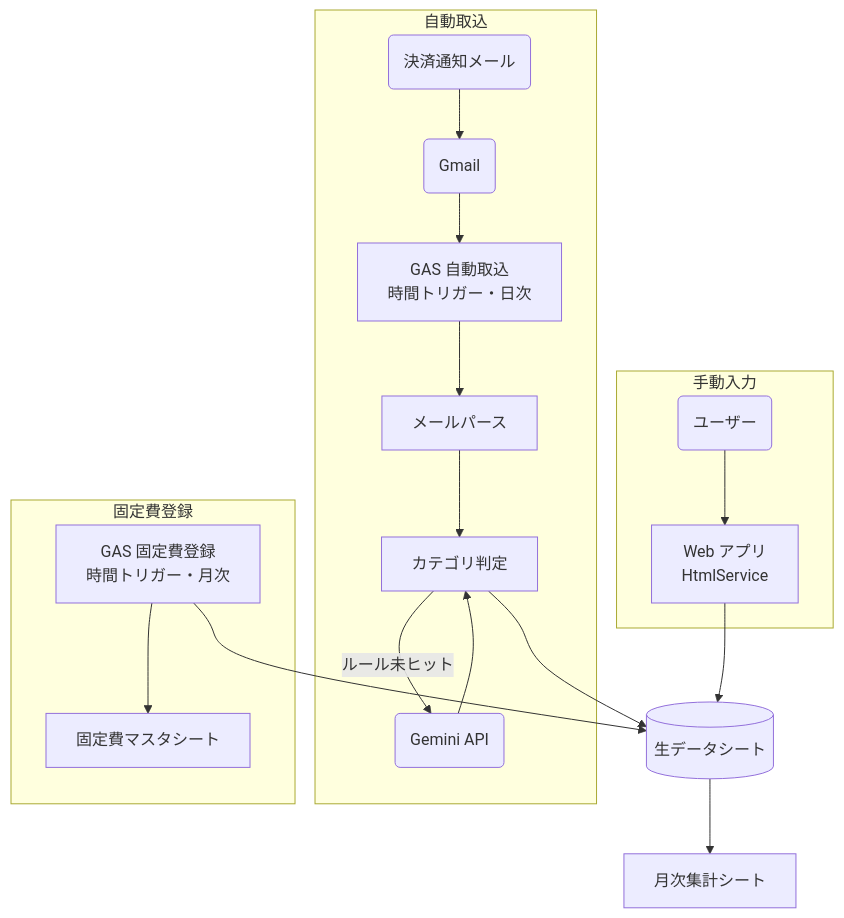
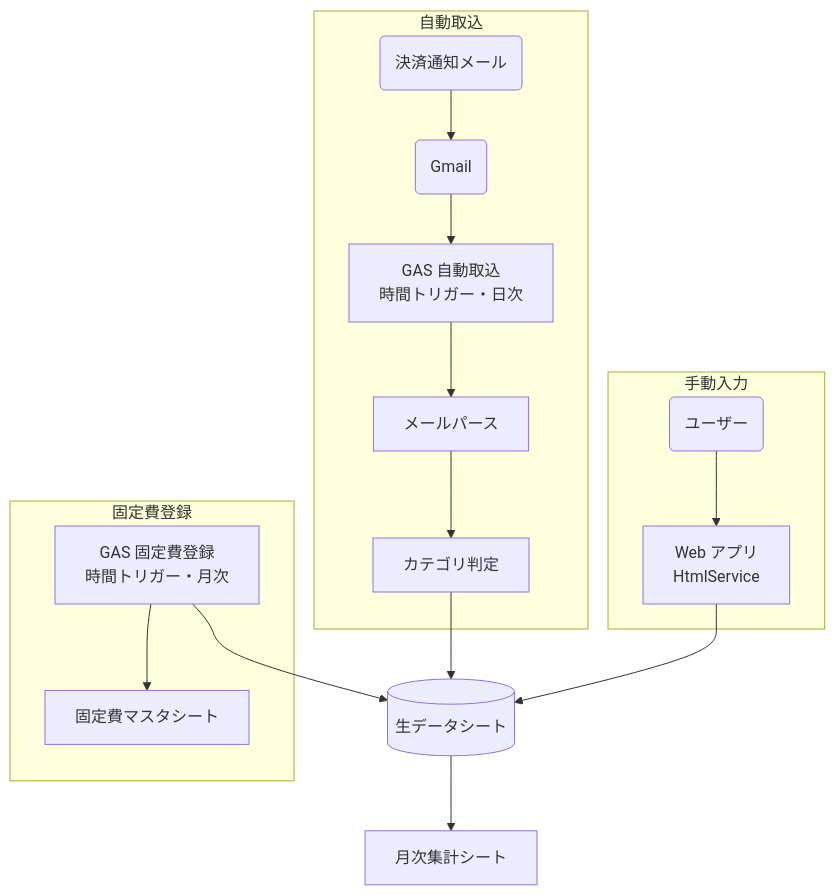
Before and after one commit to Seiya-Nakagawa/kakeibo: the first of 2 diagrams in docs/02.設計/old/DESIGN.md, drawn with Mermaid. The commit also changed other lines of this file and 7 other files, not shown here.

````diff
--- a/docs/02.設計/old/DESIGN.md
+++ b/docs/02.設計/old/DESIGN.md
@@ -12,24 +12,22 @@
 ```mermaid
 graph TD
     subgraph 自動取込
         Mail(決済通知メール) --> Gmail(Gmail)
         Gmail --> GAS_AUTO[GAS 自動取込\n時間トリガー・日次]
         GAS_AUTO --> Parser[メールパース]
         Parser --> Cat[カテゴリ判定]
-        Cat -->|ルール未ヒット| Gemini(Gemini API)
-        Gemini --> Cat
     end
 
     subgraph 固定費登録
         GAS_FIXED[GAS 固定費登録\n時間トリガー・月次] --> FixedMaster[固定費マスタシート]
     end
 
     subgraph 手動入力
         User(ユーザー) --> WebApp[Web アプリ\nHtmlService]
     end
 
     Cat --> Sheet[(生データシート)]
     GAS_FIXED --> Sheet
     WebApp --> Sheet
     Sheet --> Summary[月次集計シート]
 ```
````
